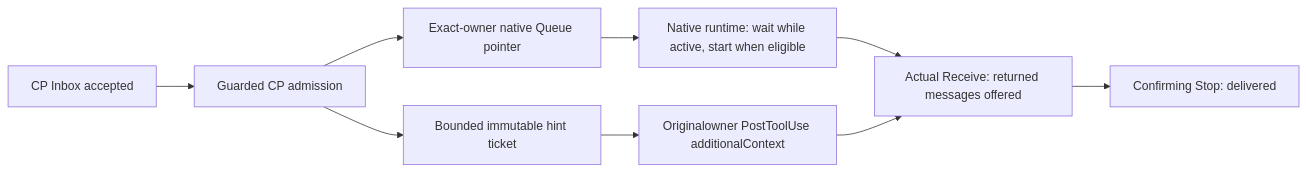
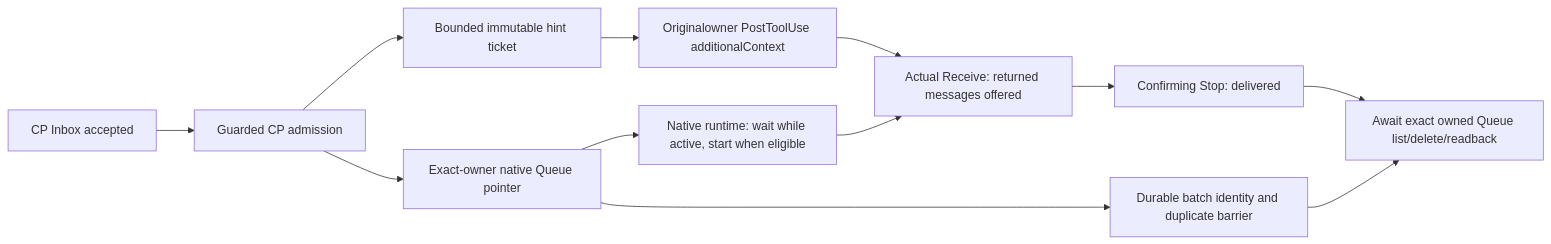
The second of 3 diagrams in modules/control-plane/ARCHITECTURE.md (cfaysal/kherep), drawn with Mermaid before and after one commit. The commit also changed other lines of this file and 17 other files, not shown here.

Commit message:
fix: retire confirmed native queue pointers

````diff
--- a/modules/control-plane/ARCHITECTURE.md
+++ b/modules/control-plane/ARCHITECTURE.md
@@ -154,11 +154,14 @@
 ```mermaid
 flowchart LR
   accepted[CP Inbox accepted] --> admission[Guarded CP admission]
   admission --> ticket[Bounded immutable hint ticket]
   admission --> native[Exact-owner native Queue pointer]
   native --> turn[Native runtime: wait while active, start when eligible]
   turn --> receive
   ticket --> hook[Originalowner PostToolUse additionalContext]
   hook --> receive[Actual Receive: returned messages offered]
   receive --> stop[Confirming Stop: delivered]
+  stop --> reconcile[Await exact owned Queue list/delete/readback]
+  native --> attempts[Durable batch identity and duplicate barrier]
+  attempts --> reconcile
 ```
````
